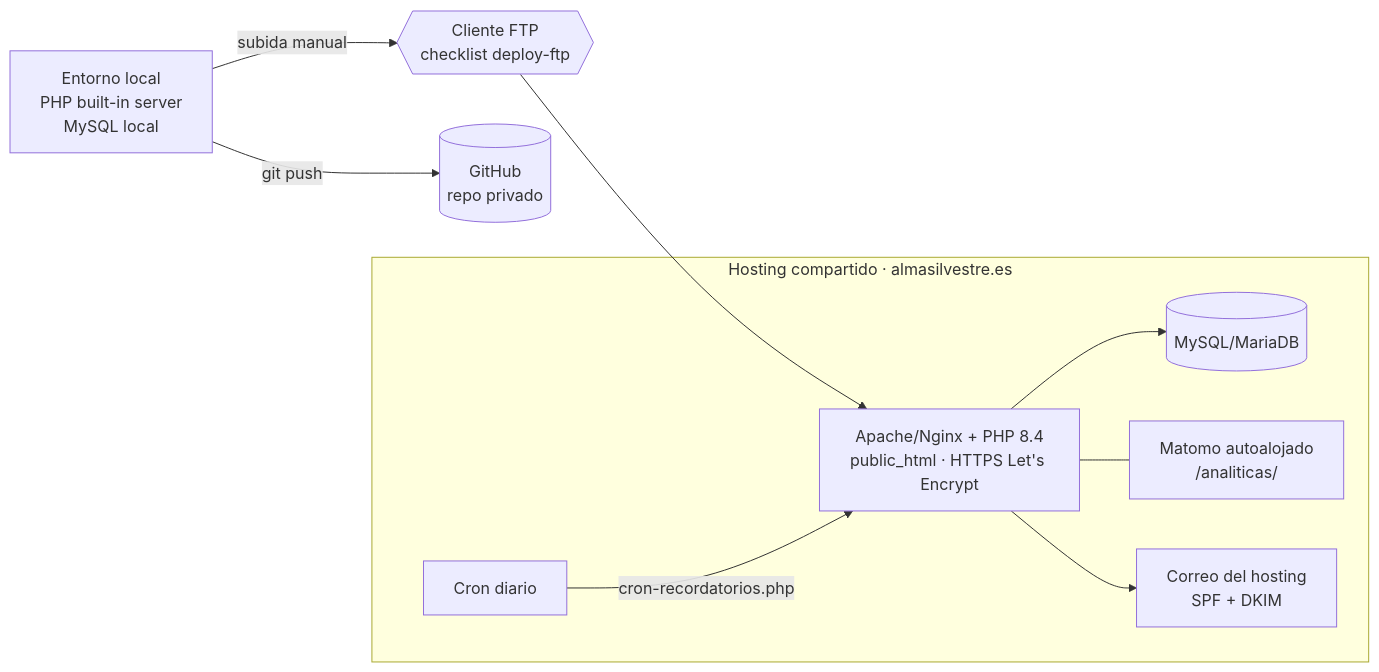
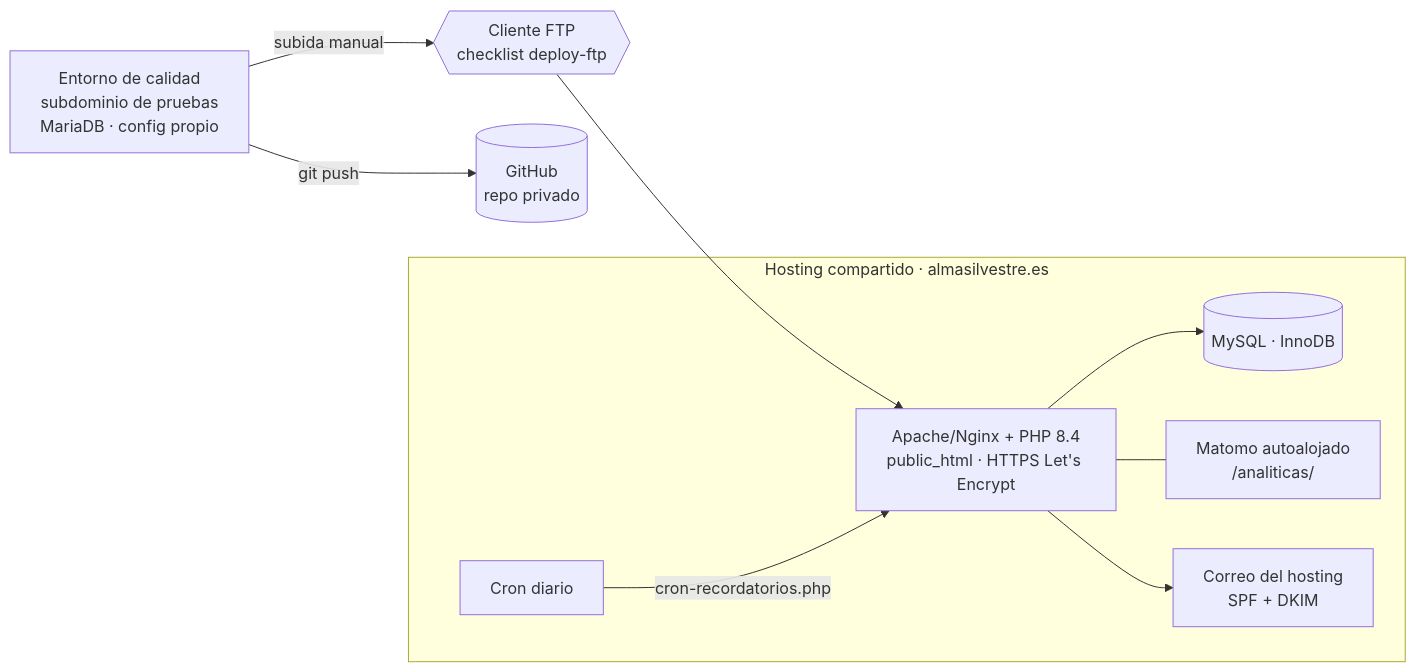
Before and after one commit to emiliofdz1/AI4Devs-finalproject: the second of 3 diagrams in readme.md, drawn with Mermaid. The commit also changed other lines of this file, not shown here.

First line of the commit message:
docs: descarta el índice parcial y precisa los motores de cada entorno

````diff
--- a/readme.md
+++ b/readme.md
@@ -398,22 +398,22 @@
 ```mermaid
 flowchart LR
-    DEV["Entorno local<br/>PHP built-in server<br/>MySQL local"]
+    DEV["Entorno de calidad<br/>subdominio de pruebas<br/>MariaDB · config propio"]
     GIT[("GitHub<br/>repo privado")]
     FTP{{"Cliente FTP<br/>checklist deploy-ftp"}}
 
     subgraph HOST["Hosting compartido · almasilvestre.es"]
         WEB["Apache/Nginx + PHP 8.4<br/>public_html · HTTPS Let's Encrypt"]
-        MY[("MySQL/MariaDB")]
+        MY[("MySQL · InnoDB")]
         MAT["Matomo autoalojado<br/>/analiticas/"]
         CR["Cron diario"]
         MX["Correo del hosting<br/>SPF + DKIM"]
     end
 
     DEV -->|git push| GIT
     DEV -->|subida manual| FTP
     FTP --> WEB
     WEB --> MY
     WEB --> MX
     WEB --- MAT
     CR -->|cron-recordatorios.php| WEB
 ```
````
